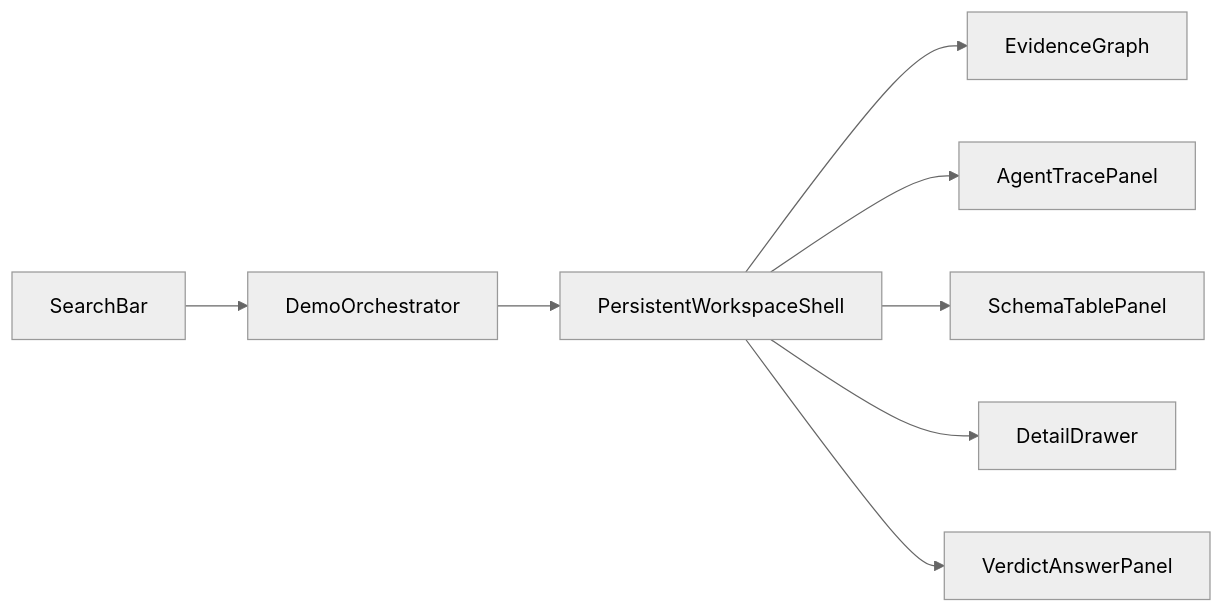
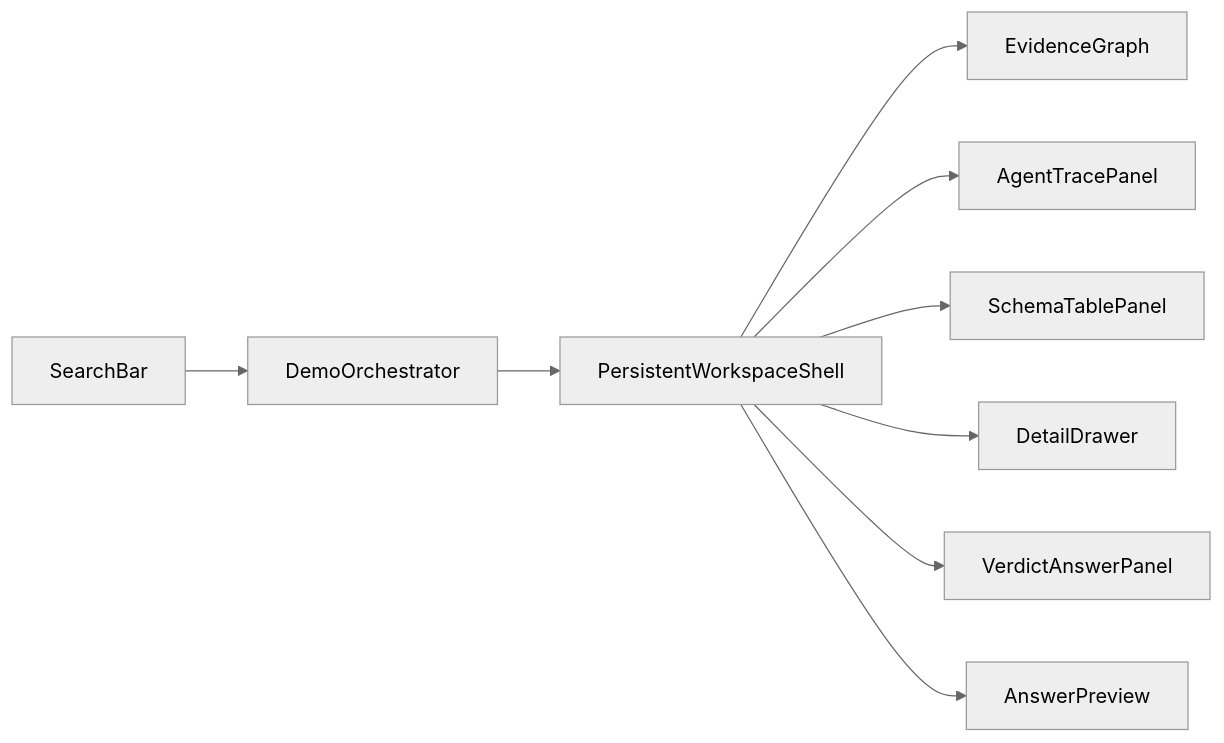
Before and after one commit to kitavkdl/developAgent: the diagram in docs/FRONTEND_ARCHITECTURE.md, drawn with Mermaid (neutral theme). The commit also changed other lines of this file and 1 other file, not shown here.

Commit message:
Document active answer preview layout

````diff
--- a/docs/FRONTEND_ARCHITECTURE.md
+++ b/docs/FRONTEND_ARCHITECTURE.md
@@ -88,10 +99,11 @@
 ```mermaid
 flowchart LR
   Search["SearchBar"] --> Orch["DemoOrchestrator"]
   Orch --> Shell["PersistentWorkspaceShell"]
   Shell --> Graph["EvidenceGraph"]
   Shell --> Trace["AgentTracePanel"]
   Shell --> Table["SchemaTablePanel"]
   Shell --> Detail["DetailDrawer"]
   Shell --> Verdict["VerdictAnswerPanel"]
+  Shell --> Preview["AnswerPreview"]
 ```
````
